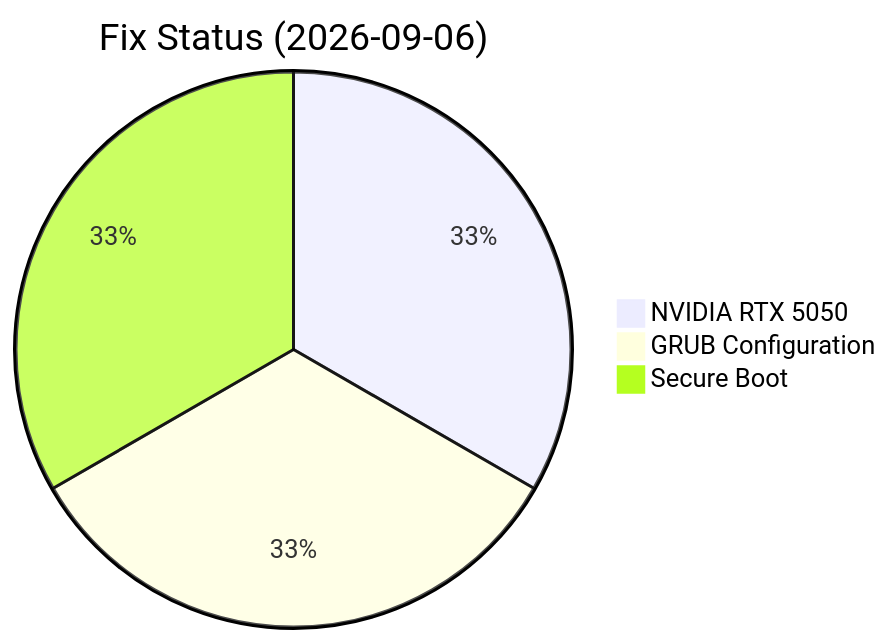
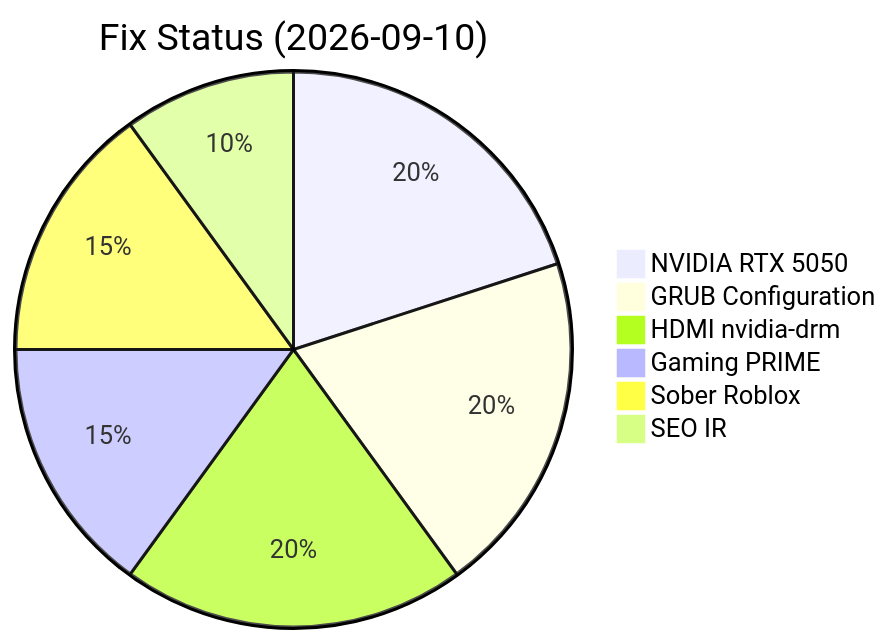
Before and after one commit to 444Nazky/My-Vault: the seventh of 11 diagrams in System/Fixes/Visual-Guides.md, drawn with Mermaid. The commit also changed other lines of this file and 3 other files, not shown here.

````diff
--- a/System/Fixes/Visual-Guides.md
+++ b/System/Fixes/Visual-Guides.md
@@ -179,6 +180,9 @@
 ```mermaid
-pie title Fix Status (2026-09-06)
-    "NVIDIA RTX 5050" : 100
-    "GRUB Configuration" : 100
-    "Secure Boot" : 100
+pie title Fix Status (2026-09-10)
+    "NVIDIA RTX 5050" : 20
+    "GRUB Configuration" : 20
+    "HDMI nvidia-drm" : 20
+    "Gaming PRIME" : 15
+    "Sober Roblox" : 15
+    "SEO IR" : 10
 ```
````
